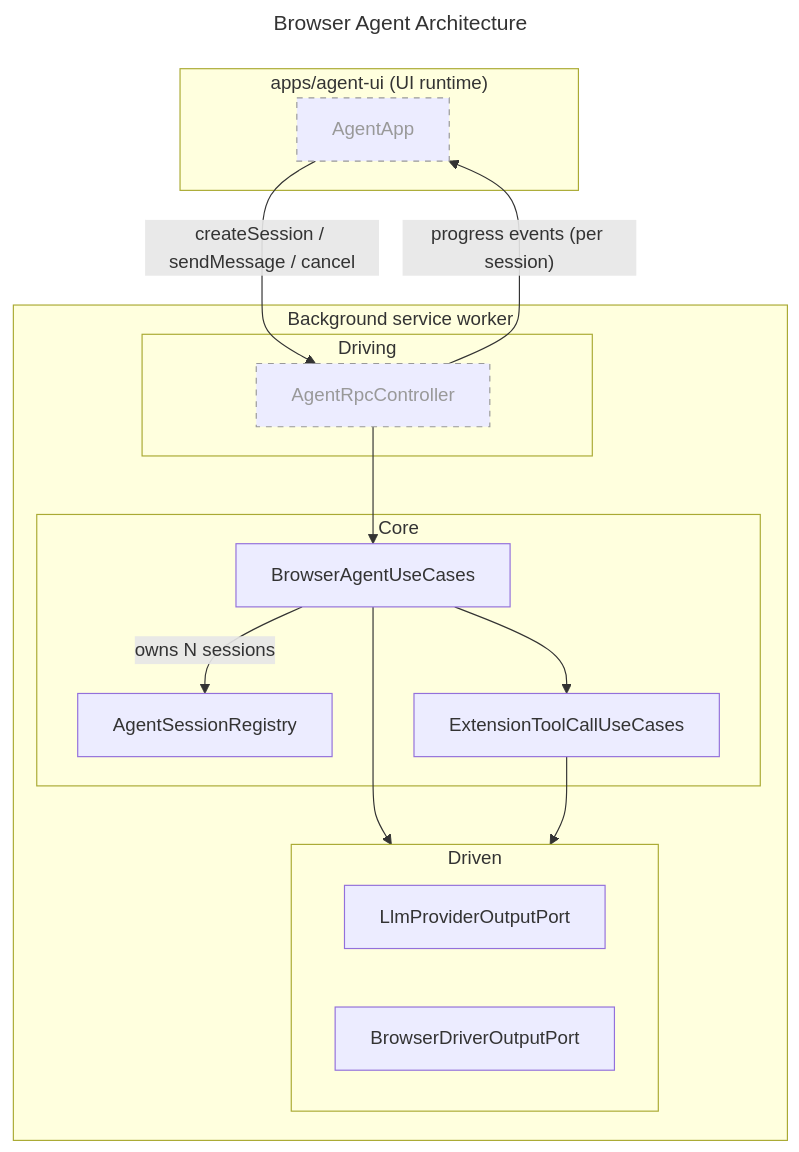
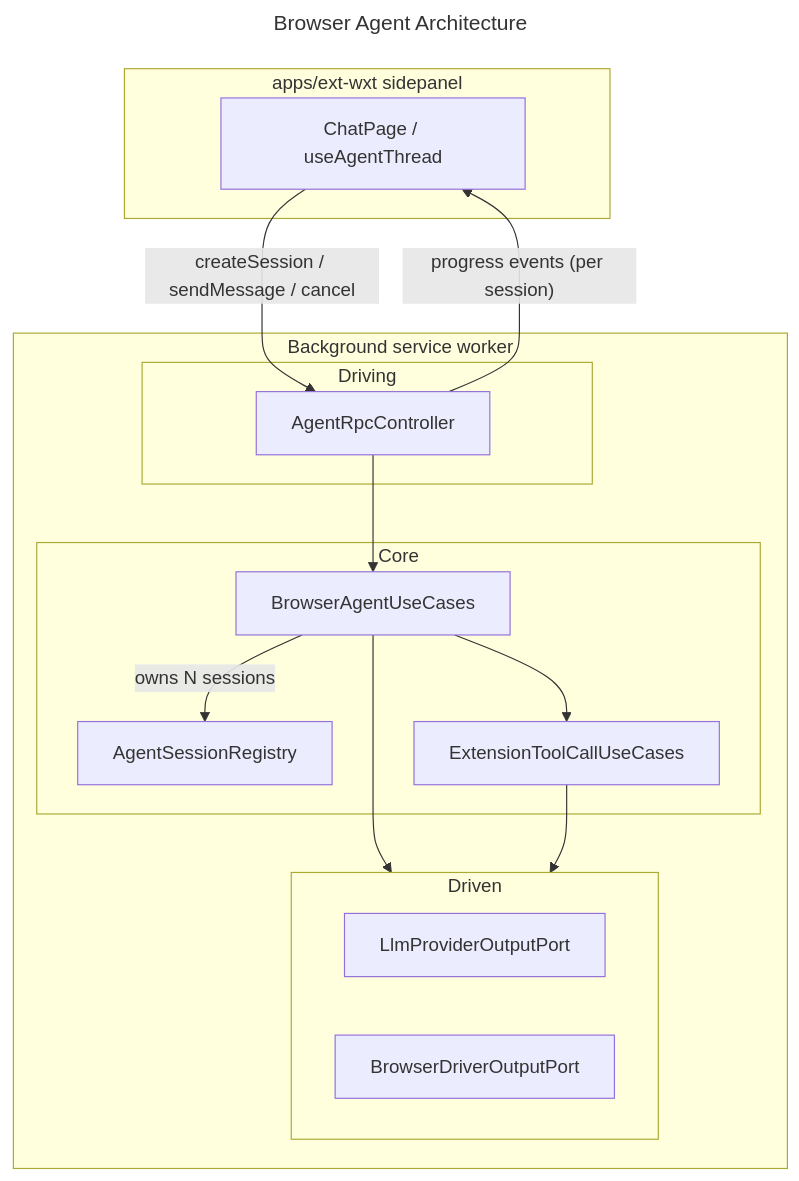
One commit to ndthanhdev/mcp-browser-kit changed diagram 11 of 12 in docs/architecture.md. Above: the diagram before and after it, drawn with Mermaid. The commit also changed other lines of this file and 101 other files, not shown here.

````diff
--- a/docs/architecture.md
+++ b/docs/architecture.md
@@ -321,36 +312,33 @@
 ```mermaid
 ---
 title: Browser Agent Architecture
 ---
 flowchart TD
-  subgraph AgentUi["apps/agent-ui (UI runtime)"]
-    AgentApp["AgentApp"]
+  subgraph AgentUi["apps/ext-wxt sidepanel"]
+    AgentApp["ChatPage / useAgentThread"]
   end
 
   subgraph BackgroundSW["Background service worker"]
     subgraph Driving["Driving"]
       AgentRpcController["AgentRpcController"]
     end
     subgraph Core["Core"]
       BrowserAgentUseCases["BrowserAgentUseCases"]
       AgentSessionRegistry["AgentSessionRegistry"]
       ExtensionToolCallUseCases["ExtensionToolCallUseCases"]
     end
     subgraph Driven["Driven"]
       direction LR
       LlmProvider["LlmProviderOutputPort"]
       BrowserDriver["BrowserDriverOutputPort"]
     end
   end
 
   AgentApp -->|"createSession / sendMessage / cancel"| AgentRpcController
   AgentRpcController -->|"progress events (per session)"| AgentApp
   AgentRpcController --> BrowserAgentUseCases
   BrowserAgentUseCases -->|"owns N sessions"| AgentSessionRegistry
   BrowserAgentUseCases --> LlmProvider
   BrowserAgentUseCases --> ExtensionToolCallUseCases
   ExtensionToolCallUseCases --> BrowserDriver
-
-  classDef planned stroke-dasharray:5 5,stroke:#999,color:#999;
-  class AgentApp,AgentRpcController planned;
 ```
````
